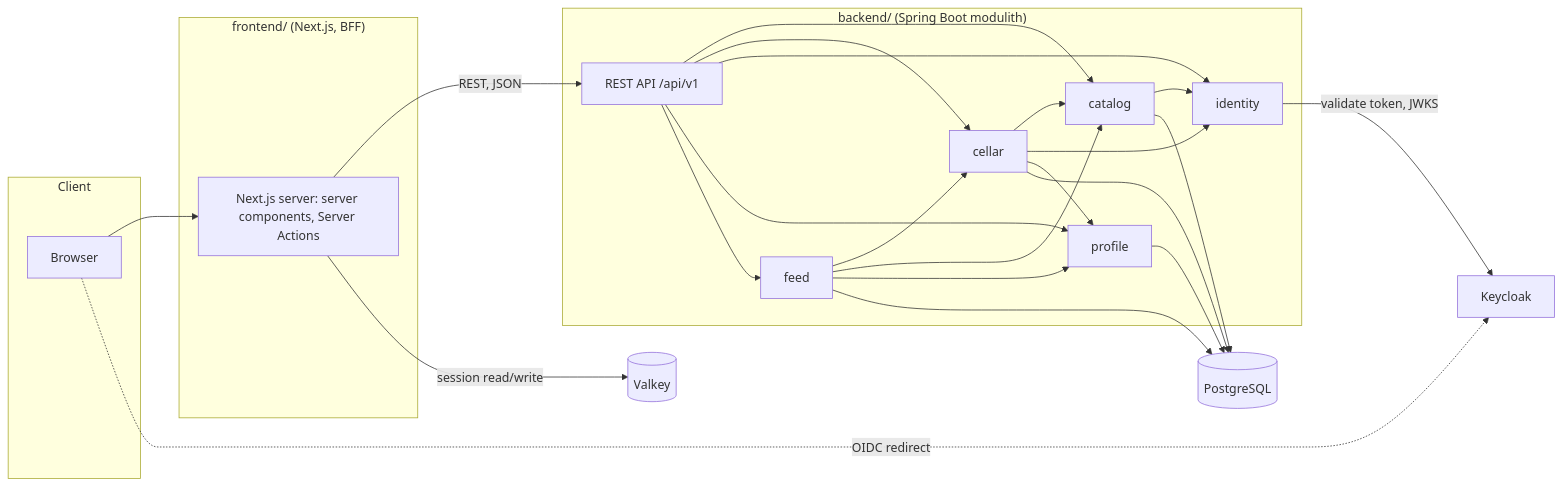
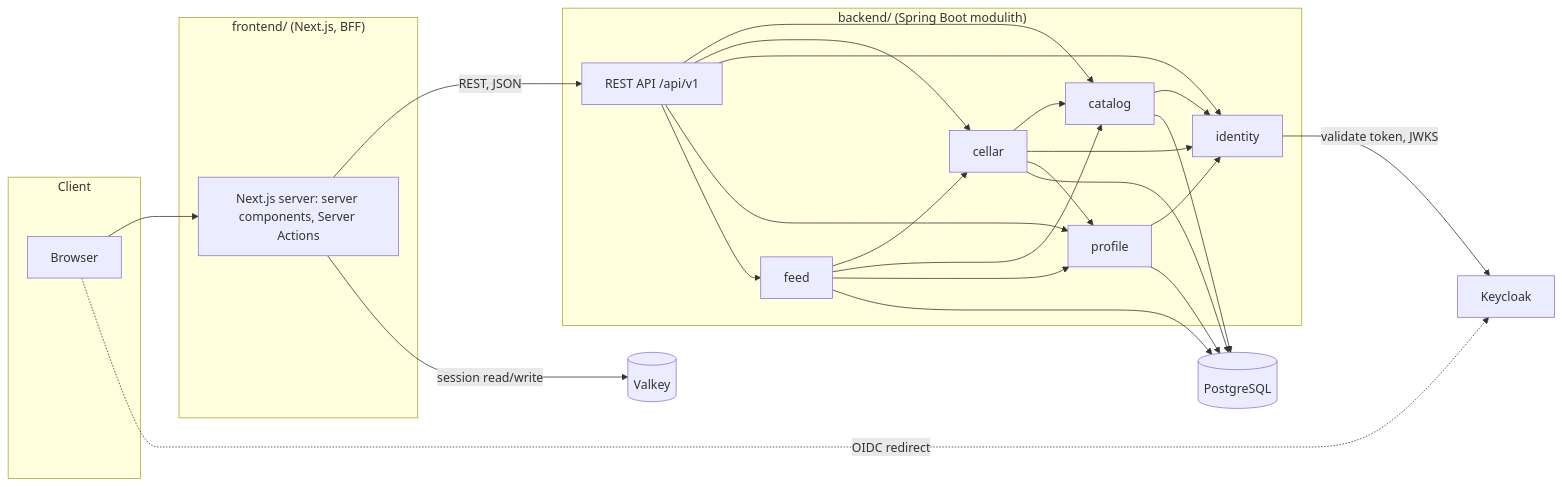
The diagram in docs/architecture.md (MiguelSombrero/kalia), drawn with Mermaid before and after one commit. The commit also changed other lines of this file and 19 other files, not shown here.

````diff
--- a/docs/architecture.md
+++ b/docs/architecture.md
@@ -61,27 +61,28 @@
 ```mermaid
 flowchart LR
     subgraph Client
         Browser
     end
     subgraph Frontend["frontend/ (Next.js, BFF)"]
         NX[Next.js server: server components, Server Actions]
     end
     subgraph Backend["backend/ (Spring Boot modulith)"]
         API[REST API /api/v1]
         CAT[catalog]
         CEL[cellar]
         IDN[identity]
         PROF[profile]
         FED[feed]
     end
     Browser --> NX
     NX -->|REST, JSON| API
     API --> CAT & CEL & IDN & PROF & FED
     CAT --> IDN
     CEL --> CAT & IDN & PROF
+    PROF --> IDN
     FED --> CEL & CAT & PROF
     CAT & CEL & PROF & FED --> PG[(PostgreSQL)]
     Browser -.->|OIDC redirect| KC[Keycloak]
     NX -->|session read/write| VK[(Valkey)]
     IDN -->|validate token, JWKS| KC
 ```
````
